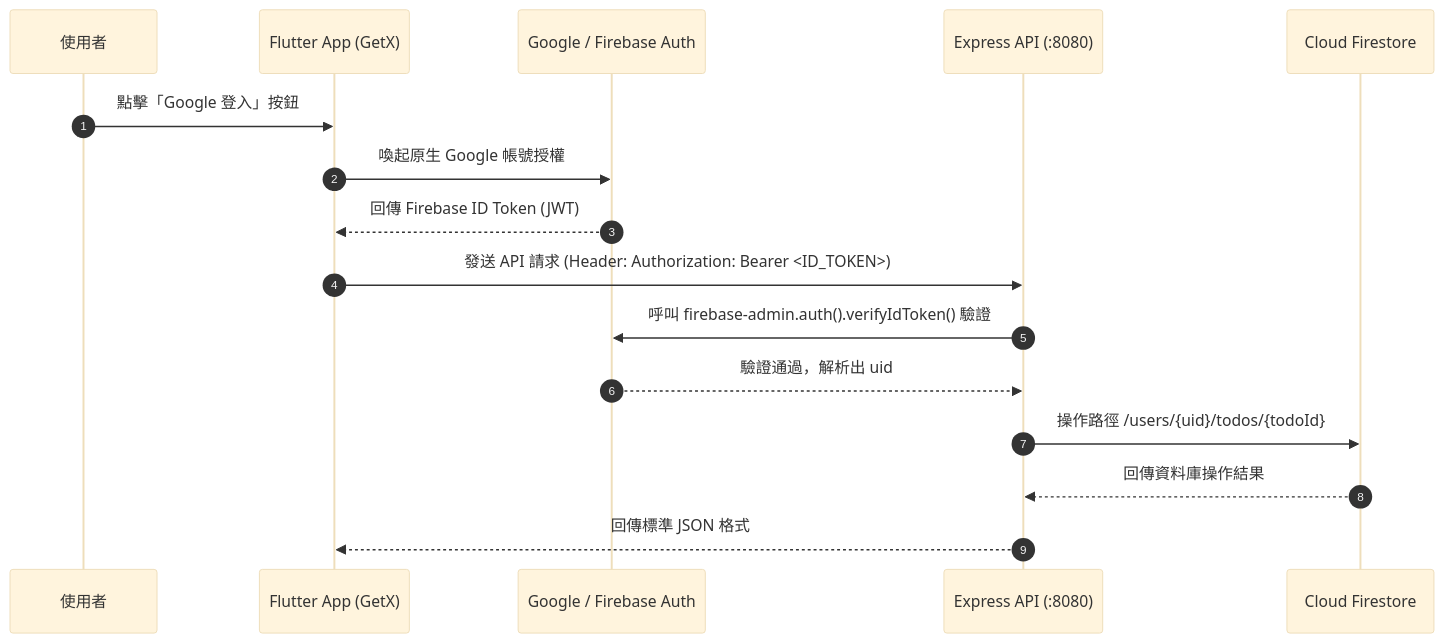
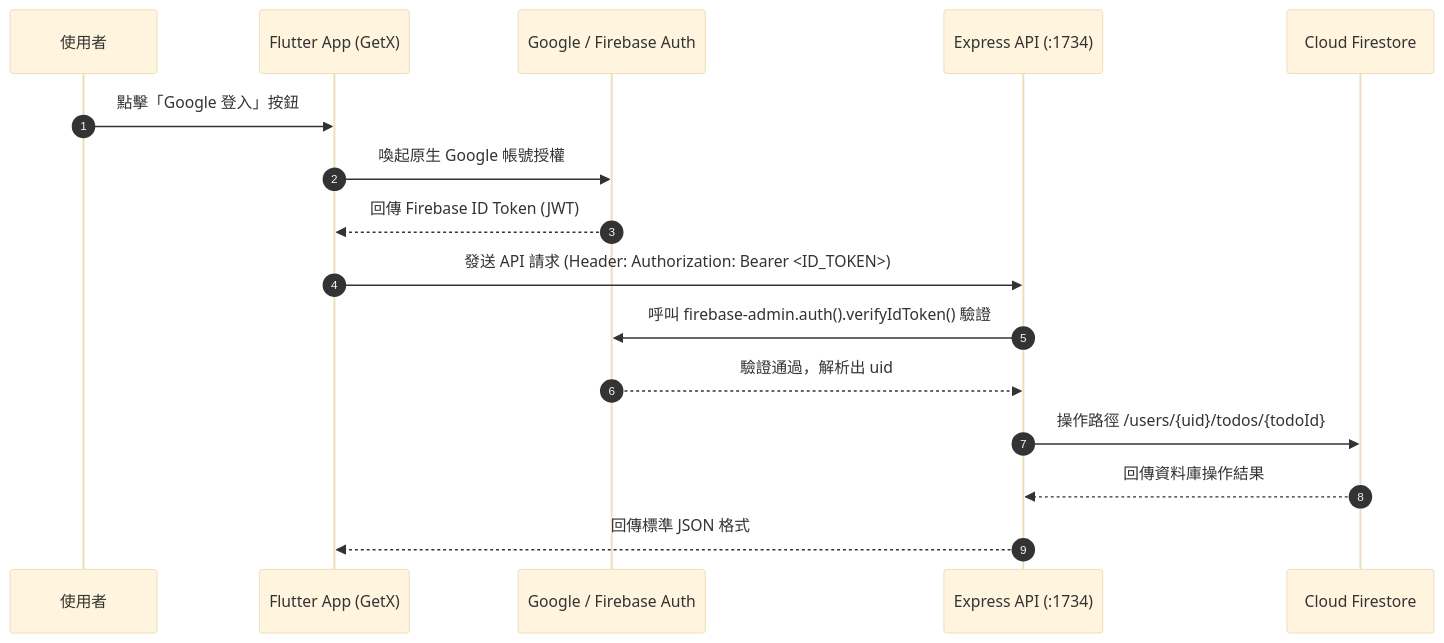
One commit to rex729/grillmedoc-demo-todolist changed the diagram in DESIGN.md. Above: the diagram before and after it, drawn with Mermaid (base theme). The commit also changed other lines of this file and 7 other files, not shown here.

````diff
--- a/DESIGN.md
+++ b/DESIGN.md
@@ -55,19 +61,19 @@
 ```mermaid
 sequenceDiagram
     autonumber
     participant User as 使用者
     participant Flutter as Flutter App (GetX)
     participant GoogleAuth as Google / Firebase Auth
-    participant NodeAPI as Express API (:8080)
+    participant NodeAPI as Express API (:1734)
     participant Firestore as Cloud Firestore
 
     User->>Flutter: 點擊「Google 登入」按鈕
     Flutter->>GoogleAuth: 喚起原生 Google 帳號授權
     GoogleAuth-->>Flutter: 回傳 Firebase ID Token (JWT)
     Flutter->>NodeAPI: 發送 API 請求 (Header: Authorization: Bearer <ID_TOKEN>)
     NodeAPI->>GoogleAuth: 呼叫 firebase-admin.auth().verifyIdToken() 驗證
     GoogleAuth-->>NodeAPI: 驗證通過，解析出 uid
     NodeAPI->>Firestore: 操作路徑 /users/{uid}/todos/{todoId}
     Firestore-->>NodeAPI: 回傳資料庫操作結果
     NodeAPI-->>Flutter: 回傳標準 JSON 格式
 ```
````
